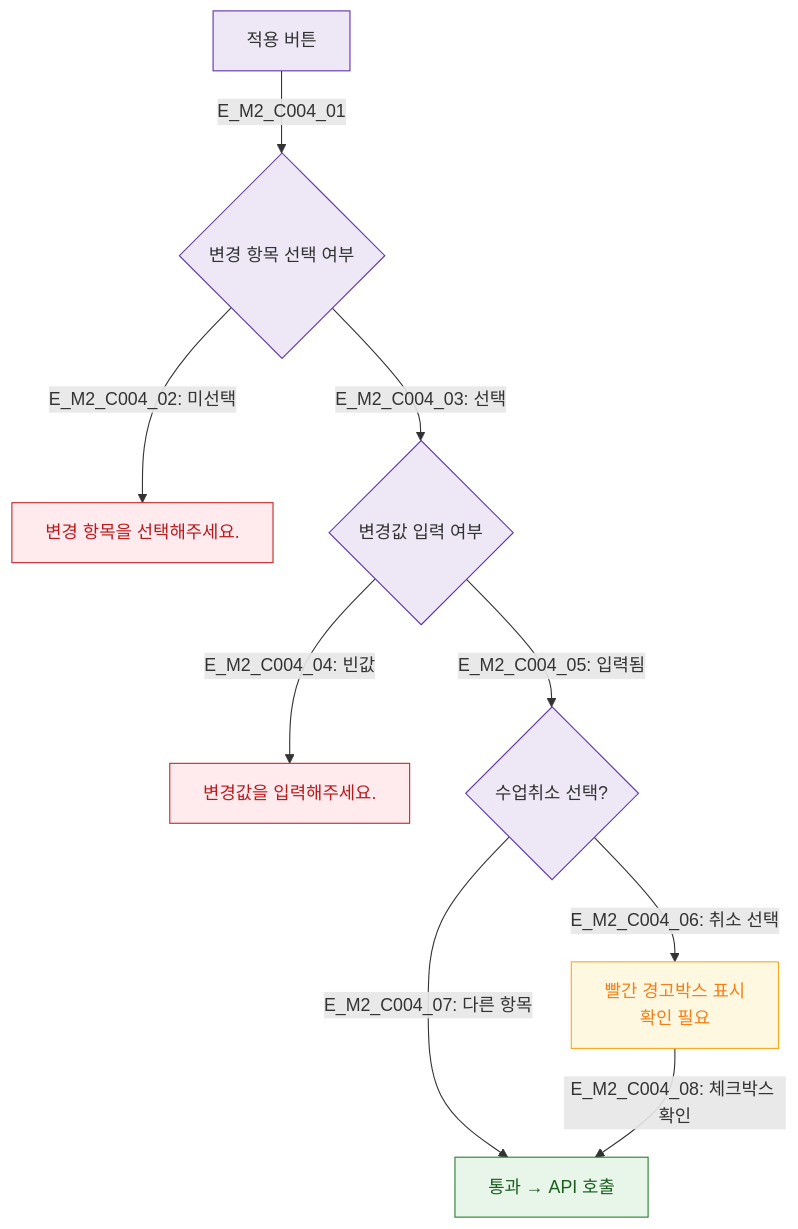
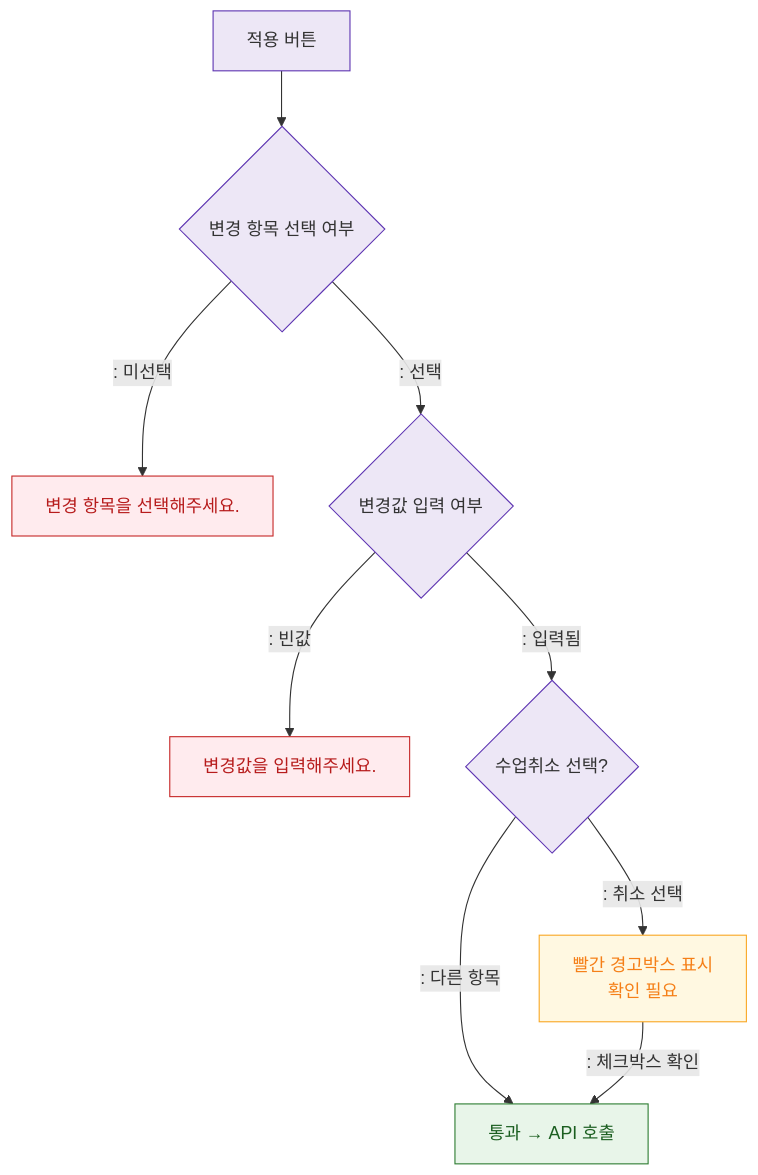
The diagram in docs/다이어그램/D04_수업관리/DLG/DLG-C004_일괄변경/M2_필드검증.md (dev-spogym/admin-pando), drawn with Mermaid before and after one commit. The commit also changed other lines of this file and 1660 other files, not shown here.

First line of the commit message:
다이어그램: 기획자/클라이언트 납품본으로 정리

````diff
--- a/docs/다이어그램/D04_수업관리/DLG/DLG-C004_일괄변경/M2_필드검증.md
+++ b/docs/다이어그램/D04_수업관리/DLG/DLG-C004_일괄변경/M2_필드검증.md
@@ -20,20 +18,20 @@
 ```mermaid
 flowchart TD
-  Apply[적용 버튼] -->|E_M2_C004_01| FieldCheck{변경 항목 선택 여부}
-  FieldCheck -->|"E_M2_C004_02: 미선택"| E_NoField[변경 항목을 선택해주세요.]
-  FieldCheck -->|"E_M2_C004_03: 선택"| ValueCheck{변경값 입력 여부}
-  ValueCheck -->|"E_M2_C004_04: 빈값"| E_NoValue[변경값을 입력해주세요.]
-  ValueCheck -->|"E_M2_C004_05: 입력됨"| CancelCheck{수업취소 선택?}
-  CancelCheck -->|"E_M2_C004_06: 취소 선택"| ConfirmBox[빨간 경고박스 표시\n확인 필요]
-  CancelCheck -->|"E_M2_C004_07: 다른 항목"| AllPass[통과 → API 호출]
-  ConfirmBox -->|"E_M2_C004_08: 체크박스 확인"| AllPass
+  Apply[적용 버튼] --> FieldCheck{변경 항목 선택 여부}
+  FieldCheck -->|": 미선택"|E_NoField[변경 항목을 선택해주세요.]
+  FieldCheck -->|": 선택"|ValueCheck{변경값 입력 여부}
+  ValueCheck -->|": 빈값"|E_NoValue[변경값을 입력해주세요.]
+  ValueCheck -->|": 입력됨"|CancelCheck{수업취소 선택?}
+  CancelCheck -->|": 취소 선택"|ConfirmBox[빨간 경고박스 표시\n확인 필요]
+  CancelCheck -->|": 다른 항목"|AllPass[통과 → API 호출]
+  ConfirmBox -->|": 체크박스 확인"|AllPass
 
   classDef system fill:#EDE7F6,stroke:#5E35B2
   classDef error fill:#FFEBEE,stroke:#C62828,color:#B71C1C
   classDef success fill:#E8F5E9,stroke:#2E7D32,color:#1B5E20
   classDef warning fill:#FFF8E1,stroke:#F9A825,color:#F57F17
   class Apply,FieldCheck,ValueCheck,CancelCheck system
   class E_NoField,E_NoValue error
   class ConfirmBox warning
   class AllPass success
 ```
````
